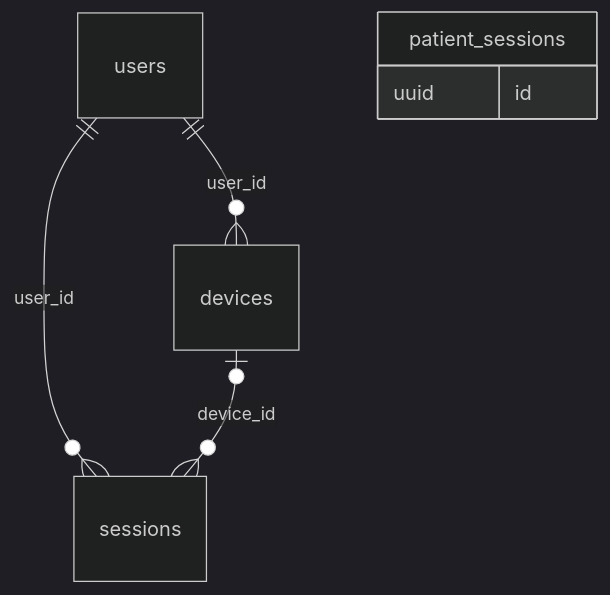
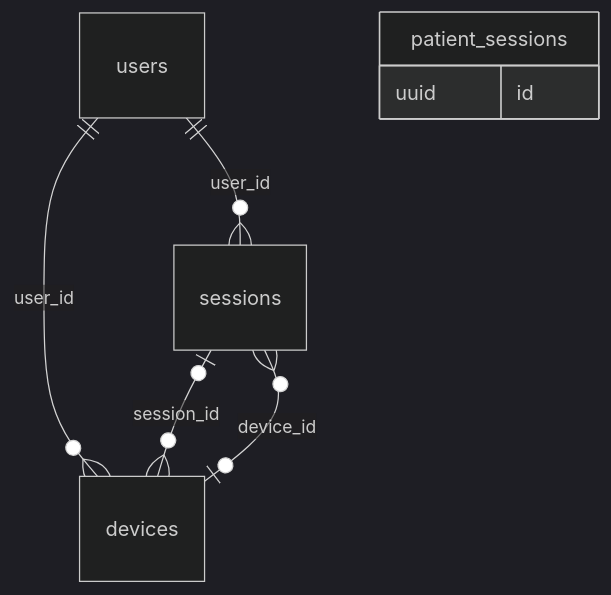
Before and after one commit to sakalyatechnologies/aarogyam: the third of 13 diagrams in docs/database.md, drawn with Mermaid (dark theme). The commit also changed other lines of this file and 51 other files, not shown here.

````diff
--- a/docs/database.md
+++ b/docs/database.md
@@ -437,9 +437,10 @@
 ```mermaid
 erDiagram
   users ||--o{ sessions : "user_id"
   devices |o--o{ sessions : "device_id"
   users ||--o{ devices : "user_id"
+  sessions |o--o{ devices : "session_id"
   patient_sessions {
     uuid id
   }
 ```
````
